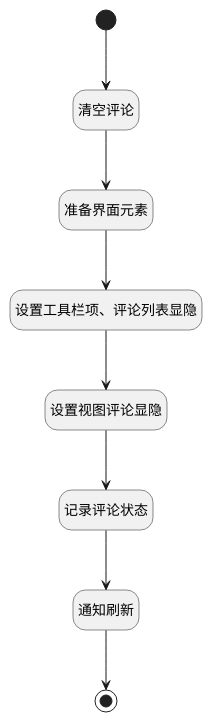
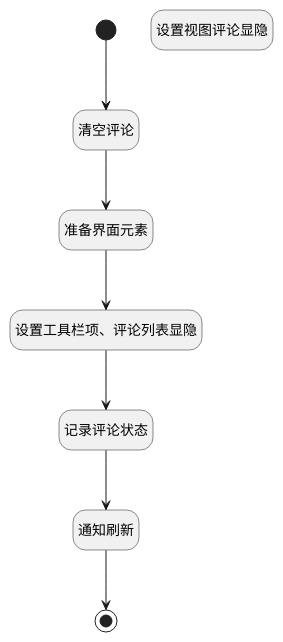
One commit to iBizLab/plm changed the diagram in doc/docsify/module/Wiki/article_page/uilogic/close_comment.md. Above: the diagram before and after it, drawn with PlantUML. The commit also changed 799 other files, not shown here.

````diff
--- a/doc/docsify/module/Wiki/article_page/uilogic/close_comment.md
+++ b/doc/docsify/module/Wiki/article_page/uilogic/close_comment.md
@@ -7,31 +7,30 @@
 ```plantuml
 @startuml
 hide footbox
 <style>
 root {
   HyperlinkColor #42b983
 }
 </style>
 
 hide empty description
 state "开始" as Begin <<start>> [[$./close_comment#begin {开始}]]
+state "通知刷新" as RAWJSCODE2  [[$./close_comment#rawjscode2 {通知刷新}]]
 state "准备界面元素" as PREPAREJSPARAM1  [[$./close_comment#preparejsparam1 {准备界面元素}]]
+state "记录评论状态" as RAWJSCODE1  [[$./close_comment#rawjscode1 {记录评论状态}]]
 state "设置工具栏项、评论列表显隐" as PREPAREJSPARAM3  [[$./close_comment#preparejsparam3 {设置工具栏项、评论列表显隐}]]
-state "通知刷新" as RAWJSCODE2  [[$./close_comment#rawjscode2 {通知刷新}]]
+state "清空评论" as DEUIACTION1  [[$./close_comment#deuiaction1 {清空评论}]]
 state "结束" as END1 <<end>> [[$./close_comment#end1 {结束}]]
-state "清空评论" as DEUIACTION1  [[$./close_comment#deuiaction1 {清空评论}]]
 state "设置视图评论显隐" as PREPAREJSPARAM4  [[$./close_comment#preparejsparam4 {设置视图评论显隐}]]
-state "记录评论状态" as RAWJSCODE1  [[$./close_comment#rawjscode1 {记录评论状态}]]
 
 
 Begin --> DEUIACTION1
 DEUIACTION1 --> PREPAREJSPARAM1
 PREPAREJSPARAM1 --> PREPAREJSPARAM3
-PREPAREJSPARAM3 --> PREPAREJSPARAM4
-PREPAREJSPARAM4 --> RAWJSCODE1
+PREPAREJSPARAM3 --> RAWJSCODE1
 RAWJSCODE1 --> RAWJSCODE2
 RAWJSCODE2 --> END1
 
 
 @enduml
 ```
````
